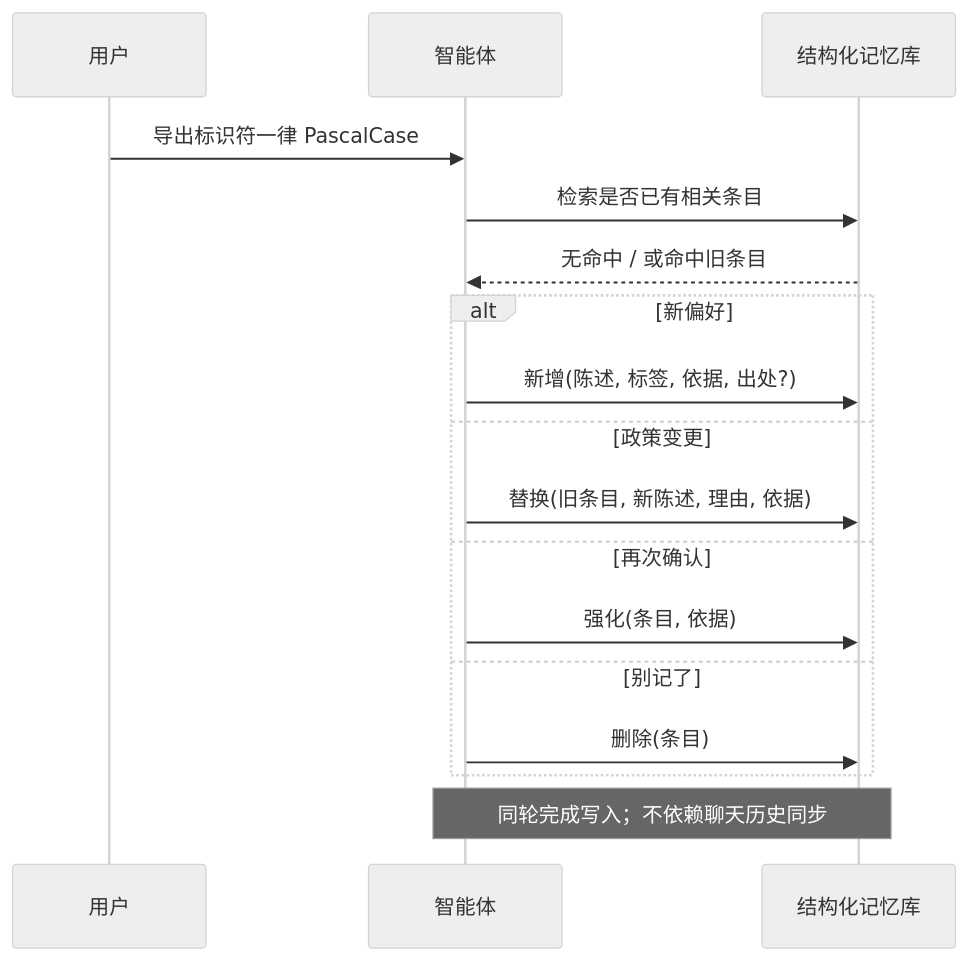
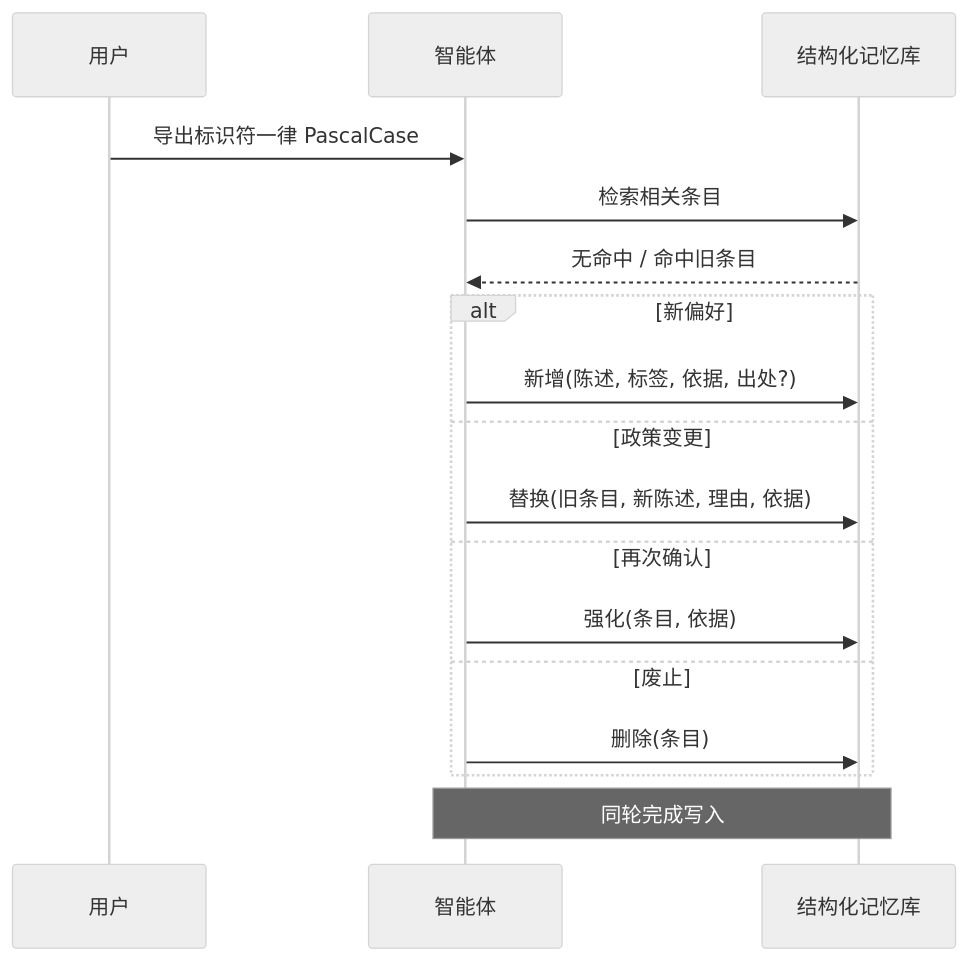
The fifth of 6 diagrams in docs/agent-memory-hallucination.zh.md (SteamedBread2333/imprint), drawn with Mermaid (neutral theme) before and after one commit. The commit also changed other lines of this file and 3 other files, not shown here.

````diff
--- a/docs/agent-memory-hallucination.zh.md
+++ b/docs/agent-memory-hallucination.zh.md
@@ -172,20 +165,20 @@
 ```mermaid
 sequenceDiagram
   participant U as 用户
   participant A as 智能体
   participant V as 结构化记忆库
 
   U->>A: 导出标识符一律 PascalCase
-  A->>V: 检索是否已有相关条目
-  V-->>A: 无命中 / 或命中旧条目
+  A->>V: 检索相关条目
+  V-->>A: 无命中 / 命中旧条目
   alt 新偏好
     A->>V: 新增(陈述, 标签, 依据, 出处?)
   else 政策变更
     A->>V: 替换(旧条目, 新陈述, 理由, 依据)
   else 再次确认
     A->>V: 强化(条目, 依据)
-  else 别记了
+  else 废止
     A->>V: 删除(条目)
   end
-  Note over A,V: 同轮完成写入；不依赖聊天历史同步
+  Note over A,V: 同轮完成写入
 ```
````
